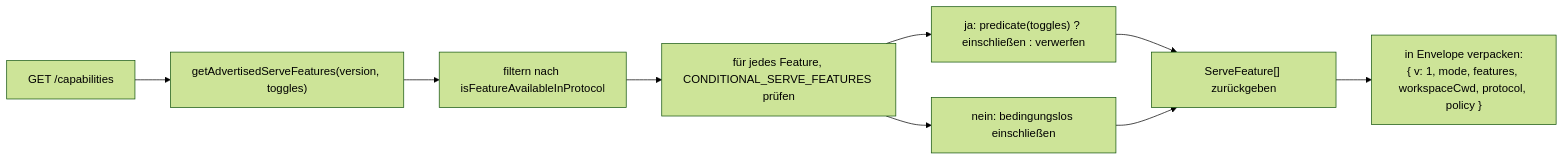
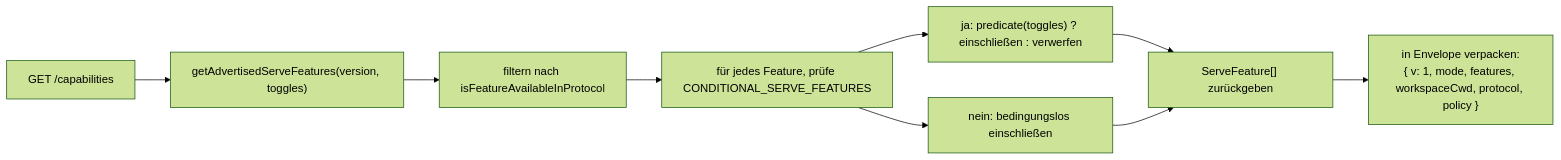
The first of 2 diagrams in website/content/de/developers/daemon/11-capabilities-versioning.md (QwenLM/qwen-code-docs), drawn with Mermaid (forest theme) before and after one commit. The commit also changed other lines of this file and 128 other files, not shown here.

````diff
--- a/website/content/de/developers/daemon/11-capabilities-versioning.md
+++ b/website/content/de/developers/daemon/11-capabilities-versioning.md
@@ -128,11 +128,11 @@
 ```mermaid
 flowchart LR
     A["GET /capabilities"] --> B["getAdvertisedServeFeatures(version, toggles)"]
     B --> C["filtern nach isFeatureAvailableInProtocol"]
-    C --> D["für jedes Feature, CONDITIONAL_SERVE_FEATURES prüfen"]
+    C --> D["für jedes Feature, prüfe CONDITIONAL_SERVE_FEATURES"]
     D --> E["ja: predicate(toggles) ? einschließen : verwerfen"]
     D --> F["nein: bedingungslos einschließen"]
     E --> G["ServeFeature[] zurückgeben"]
     F --> G
     G --> H["in Envelope verpacken:<br/>{ v: 1, mode, features, workspaceCwd, protocol, policy }"]
 ```
````
